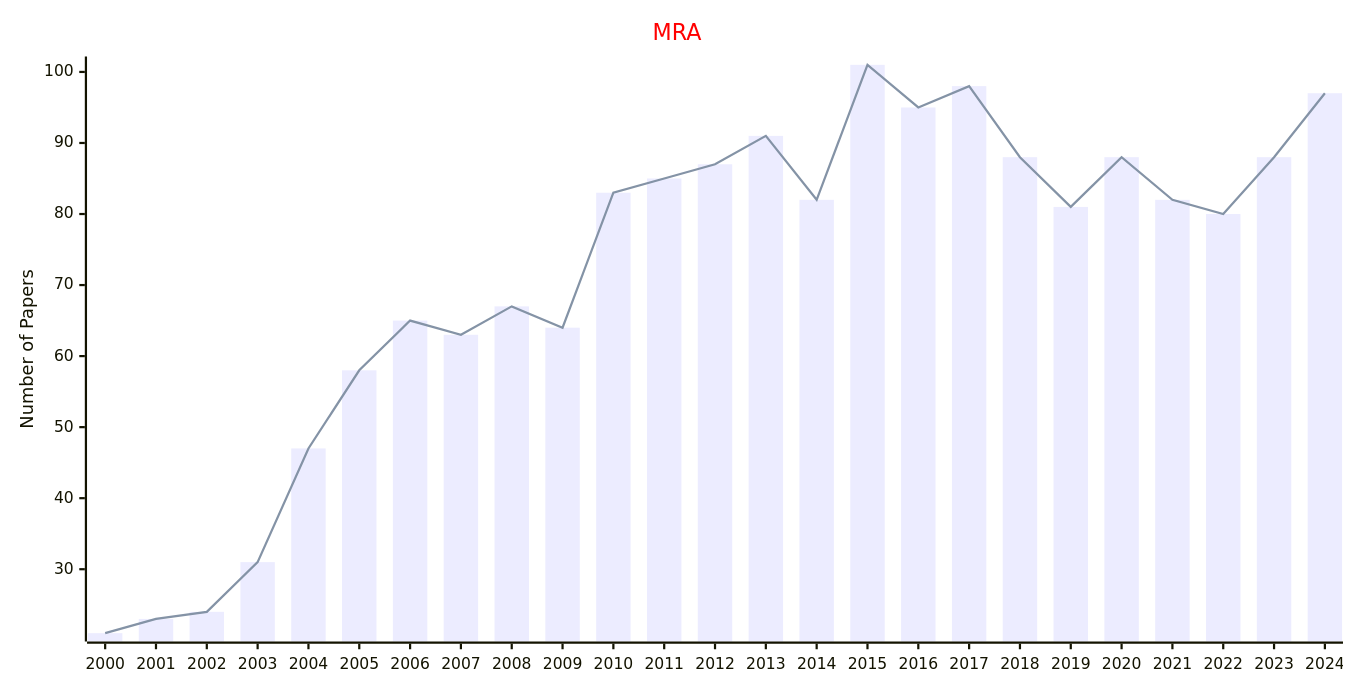
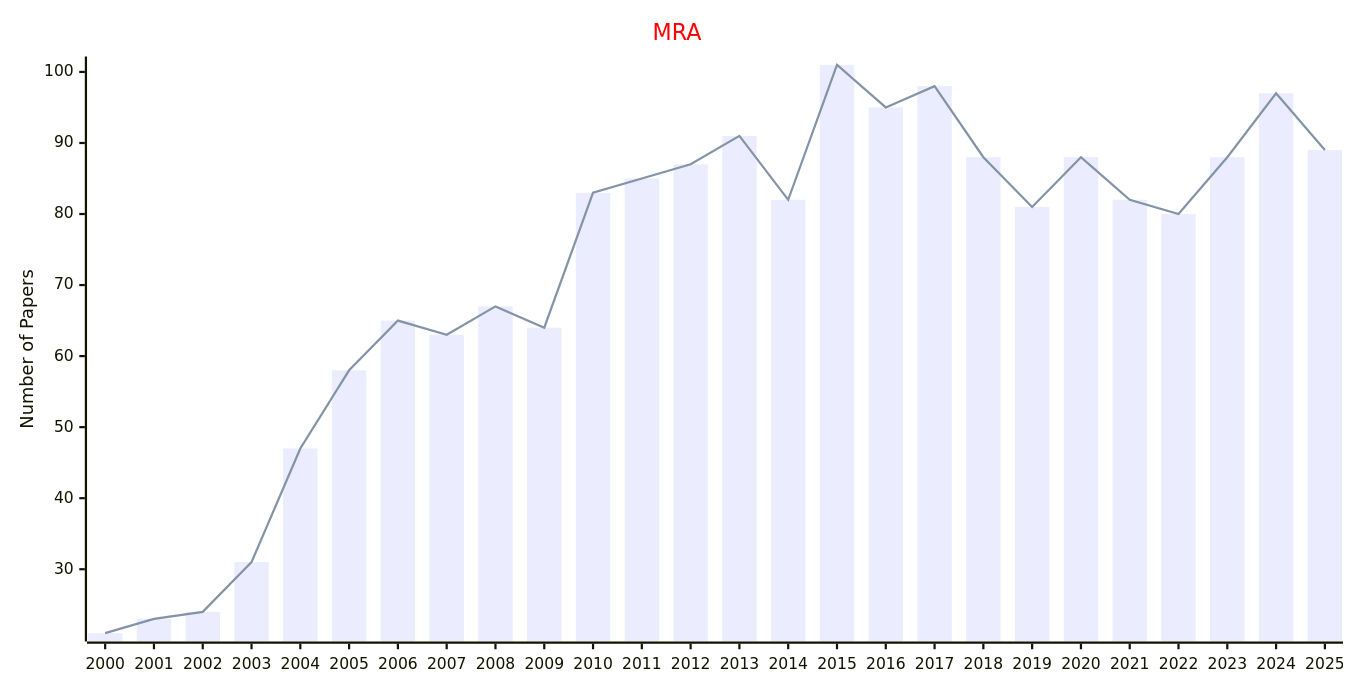
One commit to Easy-PhD/AILinks changed the fourth of 12 diagrams in docs/data/Journals/Statistics_Journals/Robotics_and_UAV.md. Above: the diagram before and after it, drawn with Mermaid. The commit also changed other lines of this file and 107 other files, not shown here.

````diff
--- a/docs/data/Journals/Statistics_Journals/Robotics_and_UAV.md
+++ b/docs/data/Journals/Statistics_Journals/Robotics_and_UAV.md
@@ -81,17 +81,17 @@
 ```mermaid
 ---
 config:
     xyChart:
         width: 1200
         height: 600
     themeVariables:
         xyChart:
             titleColor: "#ff0000"
 ---
 xychart-beta
     title "MRA"
-    x-axis [2000, 2001, 2002, 2003, 2004, 2005, 2006, 2007, 2008, 2009, 2010, 2011, 2012, 2013, 2014, 2015, 2016, 2017, 2018, 2019, 2020, 2021, 2022, 2023, 2024]
+    x-axis [2000, 2001, 2002, 2003, 2004, 2005, 2006, 2007, 2008, 2009, 2010, 2011, 2012, 2013, 2014, 2015, 2016, 2017, 2018, 2019, 2020, 2021, 2022, 2023, 2024, 2025]
     y-axis "Number of Papers"
-    bar [21, 23, 24, 31, 47, 58, 65, 63, 67, 64, 83, 85, 87, 91, 82, 101, 95, 98, 88, 81, 88, 82, 80, 88, 97]
-    line [21, 23, 24, 31, 47, 58, 65, 63, 67, 64, 83, 85, 87, 91, 82, 101, 95, 98, 88, 81, 88, 82, 80, 88, 97]
+    bar [21, 23, 24, 31, 47, 58, 65, 63, 67, 64, 83, 85, 87, 91, 82, 101, 95, 98, 88, 81, 88, 82, 80, 88, 97, 89]
+    line [21, 23, 24, 31, 47, 58, 65, 63, 67, 64, 83, 85, 87, 91, 82, 101, 95, 98, 88, 81, 88, 82, 80, 88, 97, 89]
 ```
````
